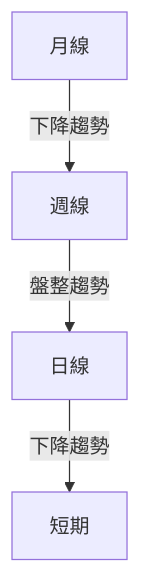
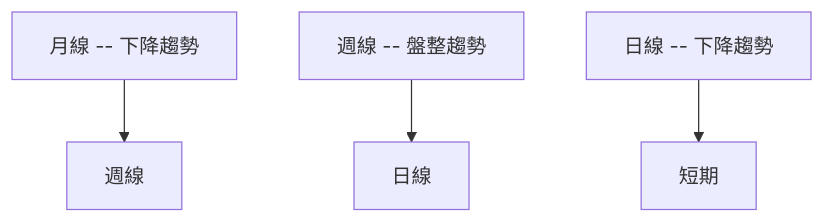
Before and after one commit to yennanliu/finance_data: the second of 9 diagrams in ai_gen_report/stock/ktos/technical_analysis_2026-05-01_openai.md, drawn with Mermaid. The commit also changed other lines of this file and 2258 other files, not shown here.

First line of the commit message:
chore: backfill Mermaid syntax repair across existing reports

````diff
--- a/ai_gen_report/stock/ktos/technical_analysis_2026-05-01_openai.md
+++ b/ai_gen_report/stock/ktos/technical_analysis_2026-05-01_openai.md
@@ -103,6 +103,6 @@
 ```mermaid
 graph TD
-    月線 -- 下降趨勢 --> 週線
-    週線 -- 盤整趨勢 --> 日線
-    日線 -- 下降趨勢 --> 短期
+    nb1["月線 -- 下降趨勢"] --> 週線
+    nb2["週線 -- 盤整趨勢"] --> 日線
+    nb3["日線 -- 下降趨勢"] --> 短期
 ```
````
